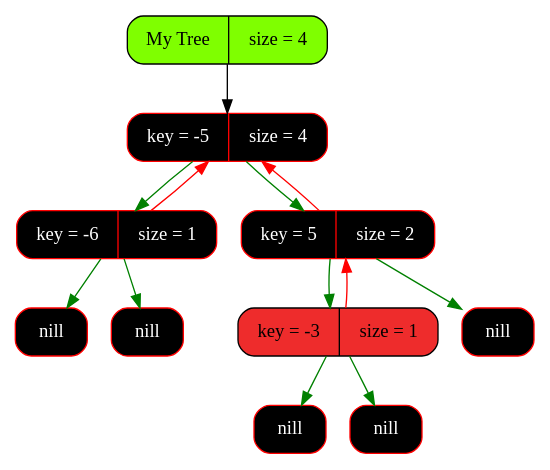
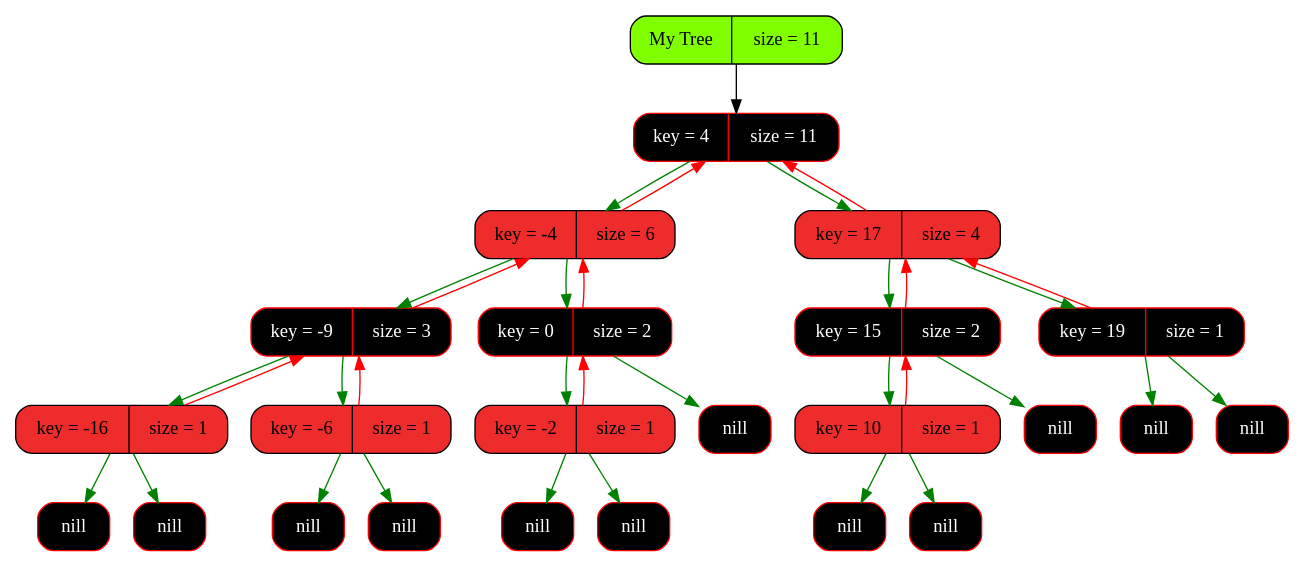
Before and after one commit to Pelmeshka127/RedBlackTree: the diagram in graphics/graph.dot, drawn with Graphviz. The commit also changed 5 other files, not shown here.

```diff
--- a/graphics/graph.dot
+++ b/graphics/graph.dot
@@ -1,28 +1,63 @@
 digraph Tree
 {
    rankdir = HR;
    node[fontsize=14];
    edge[color="black",fontcolor="blue",fontsize=12];
-   tree[shape = Mrecord, style = filled, fillcolor = "chartreuse1", label = "My Tree | size = 4"];
-   "0x121f04080"[shape = Mrecord, color = "red", style = filled, fontcolor = "white", fillcolor = "black",   label = " key = -5 | size = 4"];
-  "0x121f04080" -> "0x121f040b0" [color = "green"];
-  "0x121f040b0" -> "0x121f04080" [color = "red"];
-  "0x121f04080" -> "0x121f040e0" [color = "green"];
-  "0x121f040e0" -> "0x121f04080" [color = "red"];
-   "0x121f040b0"[shape = Mrecord, color = "red", style = filled, fontcolor = "white", fillcolor = "black",   label = " key = -6 | size = 1"];
-   "0x121f040b0left"[shape = Mrecord, color = "red", style = filled, fontcolor = "white", fillcolor = "black",   label = " <value> nill"];
-  "0x121f040b0" -> "0x121f040b0left" [color = "green"];
-   "0x121f040b0right"[shape = Mrecord, color = "red", style = filled, fontcolor = "white", fillcolor = "black",   label = " <value> nill"];
-  "0x121f040b0" -> "0x121f040b0right" [color = "green"];
-   "0x121f040e0"[shape = Mrecord, color = "red", style = filled, fontcolor = "white", fillcolor = "black",   label = " key = 5 | size = 2"];
-  "0x121f040e0" -> "0x121f04120" [color = "green"];
-  "0x121f04120" -> "0x121f040e0" [color = "red"];
-   "0x121f040e0right"[shape = Mrecord, color = "red", style = filled, fontcolor = "white", fillcolor = "black",   label = " <value> nill"];
-  "0x121f040e0" -> "0x121f040e0right" [color = "green"];
-   "0x121f04120"[shape = Mrecord, color = "black", style = filled, fontcolor = "black", fillcolor = "firebrick2",   label = " key = -3 | size = 1"];
-   "0x121f04120left"[shape = Mrecord, color = "red", style = filled, fontcolor = "white", fillcolor = "black",   label = " <value> nill"];
-  "0x121f04120" -> "0x121f04120left" [color = "green"];
-   "0x121f04120right"[shape = Mrecord, color = "red", style = filled, fontcolor = "white", fillcolor = "black",   label = " <value> nill"];
-  "0x121f04120" -> "0x121f04120right" [color = "green"];
-   tree -> "0x121f04080" [color = "gray0"];
+   tree[shape = Mrecord, style = filled, fillcolor = "chartreuse1", label = "My Tree | size = 11"];
+   "0x121607ca0"[shape = Mrecord, color = "red", style = filled, fontcolor = "white", fillcolor = "black",   label = " key = 4 | size = 11"];
+  "0x121607ca0" -> "0x121606810" [color = "green"];
+  "0x121606810" -> "0x121607ca0" [color = "red"];
+  "0x121607ca0" -> "0x121607c40" [color = "green"];
+  "0x121607c40" -> "0x121607ca0" [color = "red"];
+   "0x121606810"[shape = Mrecord, color = "black", style = filled, fontcolor = "black", fillcolor = "firebrick2",   label = " key = -4 | size = 6"];
+  "0x121606810" -> "0x1216067e0" [color = "green"];
+  "0x1216067e0" -> "0x121606810" [color = "red"];
+  "0x121606810" -> "0x1216067b0" [color = "green"];
+  "0x1216067b0" -> "0x121606810" [color = "red"];
+   "0x1216067e0"[shape = Mrecord, color = "red", style = filled, fontcolor = "white", fillcolor = "black",   label = " key = -9 | size = 3"];
+  "0x1216067e0" -> "0x121607cd0" [color = "green"];
+  "0x121607cd0" -> "0x1216067e0" [color = "red"];
+  "0x1216067e0" -> "0x121607c70" [color = "green"];
+  "0x121607c70" -> "0x1216067e0" [color = "red"];
+   "0x121607cd0"[shape = Mrecord, color = "black", style = filled, fontcolor = "black", fillcolor = "firebrick2",   label = " key = -16 | size = 1"];
+   "0x121607cd0left"[shape = Mrecord, color = "red", style = filled, fontcolor = "white", fillcolor = "black",   label = " <value> nill"];
+  "0x121607cd0" -> "0x121607cd0left" [color = "green"];
+   "0x121607cd0right"[shape = Mrecord, color = "red", style = filled, fontcolor = "white", fillcolor = "black",   label = " <value> nill"];
+  "0x121607cd0" -> "0x121607cd0right" [color = "green"];
+   "0x121607c70"[shape = Mrecord, color = "black", style = filled, fontcolor = "black", fillcolor = "firebrick2",   label = " key = -6 | size = 1"];
+   "0x121607c70left"[shape = Mrecord, color = "red", style = filled, fontcolor = "white", fillcolor = "black",   label = " <value> nill"];
+  "0x121607c70" -> "0x121607c70left" [color = "green"];
+   "0x121607c70right"[shape = Mrecord, color = "red", style = filled, fontcolor = "white", fillcolor = "black",   label = " <value> nill"];
+  "0x121607c70" -> "0x121607c70right" [color = "green"];
+   "0x1216067b0"[shape = Mrecord, color = "red", style = filled, fontcolor = "white", fillcolor = "black",   label = " key = 0 | size = 2"];
+  "0x1216067b0" -> "0x121607d00" [color = "green"];
+  "0x121607d00" -> "0x1216067b0" [color = "red"];
+   "0x1216067b0right"[shape = Mrecord, color = "red", style = filled, fontcolor = "white", fillcolor = "black",   label = " <value> nill"];
+  "0x1216067b0" -> "0x1216067b0right" [color = "green"];
+   "0x121607d00"[shape = Mrecord, color = "black", style = filled, fontcolor = "black", fillcolor = "firebrick2",   label = " key = -2 | size = 1"];
+   "0x121607d00left"[shape = Mrecord, color = "red", style = filled, fontcolor = "white", fillcolor = "black",   label = " <value> nill"];
+  "0x121607d00" -> "0x121607d00left" [color = "green"];
+   "0x121607d00right"[shape = Mrecord, color = "red", style = filled, fontcolor = "white", fillcolor = "black",   label = " <value> nill"];
+  "0x121607d00" -> "0x121607d00right" [color = "green"];
+   "0x121607c40"[shape = Mrecord, color = "black", style = filled, fontcolor = "black", fillcolor = "firebrick2",   label = " key = 17 | size = 4"];
+  "0x121607c40" -> "0x121607d70" [color = "green"];
+  "0x121607d70" -> "0x121607c40" [color = "red"];
+  "0x121607c40" -> "0x121607d40" [color = "green"];
+  "0x121607d40" -> "0x121607c40" [color = "red"];
+   "0x121607d70"[shape = Mrecord, color = "red", style = filled, fontcolor = "white", fillcolor = "black",   label = " key = 15 | size = 2"];
+  "0x121607d70" -> "0x121607da0" [color = "green"];
+  "0x121607da0" -> "0x121607d70" [color = "red"];
+   "0x121607d70right"[shape = Mrecord, color = "red", style = filled, fontcolor = "white", fillcolor = "black",   label = " <value> nill"];
+  "0x121607d70" -> "0x121607d70right" [color = "green"];
+   "0x121607da0"[shape = Mrecord, color = "black", style = filled, fontcolor = "black", fillcolor = "firebrick2",   label = " key = 10 | size = 1"];
+   "0x121607da0left"[shape = Mrecord, color = "red", style = filled, fontcolor = "white", fillcolor = "black",   label = " <value> nill"];
+  "0x121607da0" -> "0x121607da0left" [color = "green"];
+   "0x121607da0right"[shape = Mrecord, color = "red", style = filled, fontcolor = "white", fillcolor = "black",   label = " <value> nill"];
+  "0x121607da0" -> "0x121607da0right" [color = "green"];
+   "0x121607d40"[shape = Mrecord, color = "red", style = filled, fontcolor = "white", fillcolor = "black",   label = " key = 19 | size = 1"];
+   "0x121607d40left"[shape = Mrecord, color = "red", style = filled, fontcolor = "white", fillcolor = "black",   label = " <value> nill"];
+  "0x121607d40" -> "0x121607d40left" [color = "green"];
+   "0x121607d40right"[shape = Mrecord, color = "red", style = filled, fontcolor = "white", fillcolor = "black",   label = " <value> nill"];
+  "0x121607d40" -> "0x121607d40right" [color = "green"];
+   tree -> "0x121607ca0" [color = "gray0"];
 }
```
